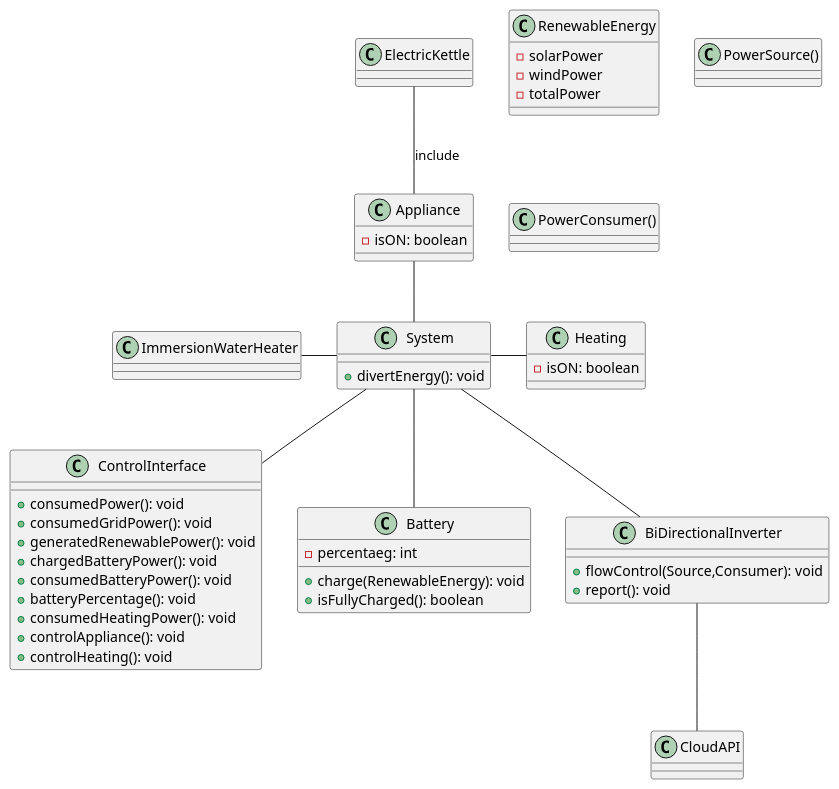
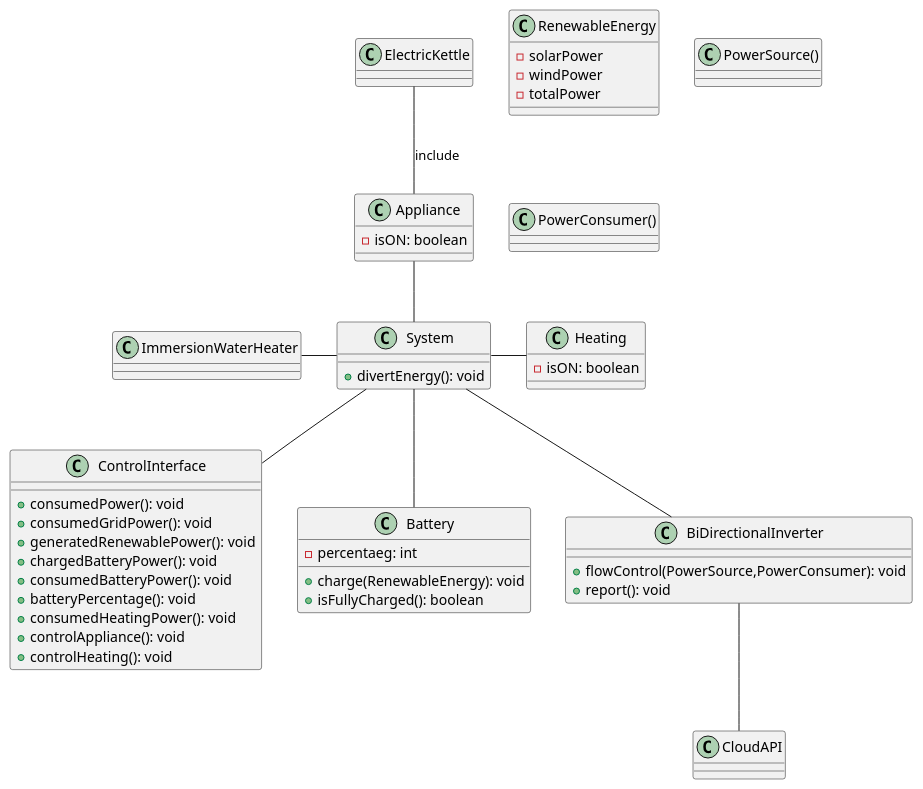
Before and after one commit to yudai-yam/204-Design-and-Architecture: the diagram in Year2/204. Software Design/Coursework/UML.plantUML, drawn with PlantUML.

```diff
--- a/Year2/204. Software Design/Coursework/UML.plantUML
+++ b/Year2/204. Software Design/Coursework/UML.plantUML
@@ -1,73 +1,73 @@
 @startuml Power Manager
 
 class System{
     + divertEnergy(): void
 }
 
 class ControlInterface{
     + consumedPower(): void
     + consumedGridPower(): void
     + generatedRenewablePower(): void
     + chargedBatteryPower(): void
     + consumedBatteryPower(): void 
     + batteryPercentage(): void
     + consumedHeatingPower(): void
     + controlAppliance(): void
     + controlHeating(): void
 }
 
 class RenewableEnergy{
     - solarPower
     - windPower
     - totalPower
 }
 
 class Battery{
     - percentaeg: int
 
     + charge(RenewableEnergy): void
     + isFullyCharged(): boolean
 }
 
 class PowerSource(){
 
 }
 
 class PowerConsumer(){
 
 }
 
 class BiDirectionalInverter{
-    + flowControl(Source,Consumer): void
+    + flowControl(PowerSource,PowerConsumer): void
     + report(): void
 }
 
 class CloudAPI{
 
 }
 
 class ImmersionWaterHeater{
 
 }
 
 class Heating{
     - isON: boolean
 }
 
 class Appliance{
     - isON: boolean
 }
 
 class ElectricKettle{
 
 }
 
 System -- ControlInterface
 System -- Battery
 System -- BiDirectionalInverter
 BiDirectionalInverter -- CloudAPI
 System -r- Heating
 System -l- ImmersionWaterHeater
 Appliance -- System
 ElectricKettle -- Appliance :include
 @enduml
```
